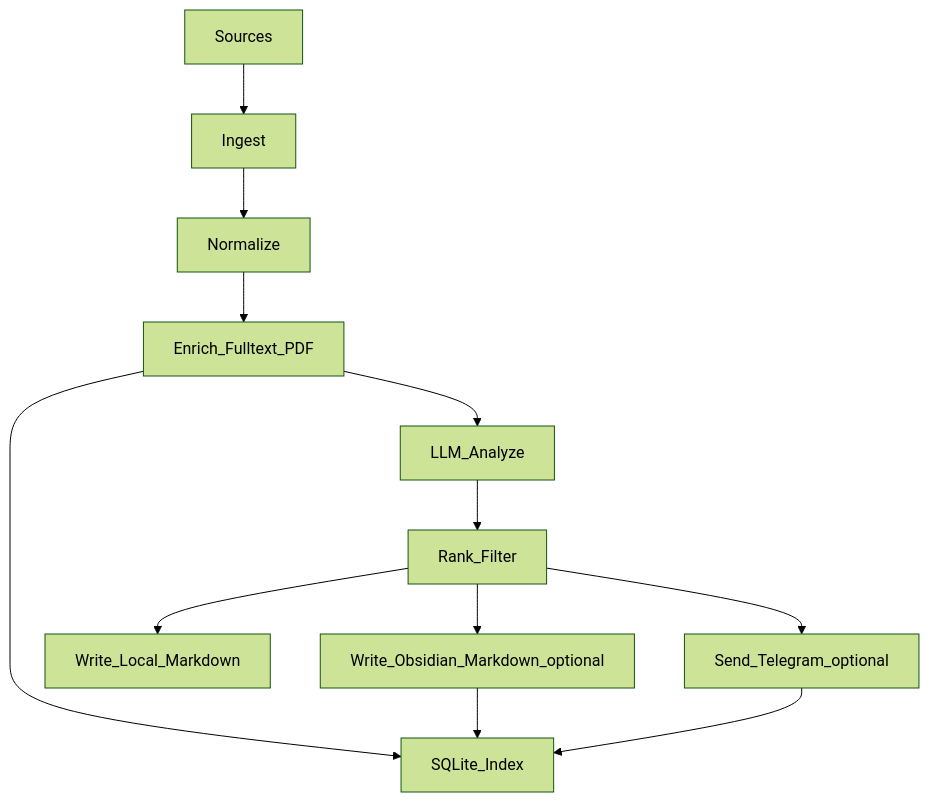
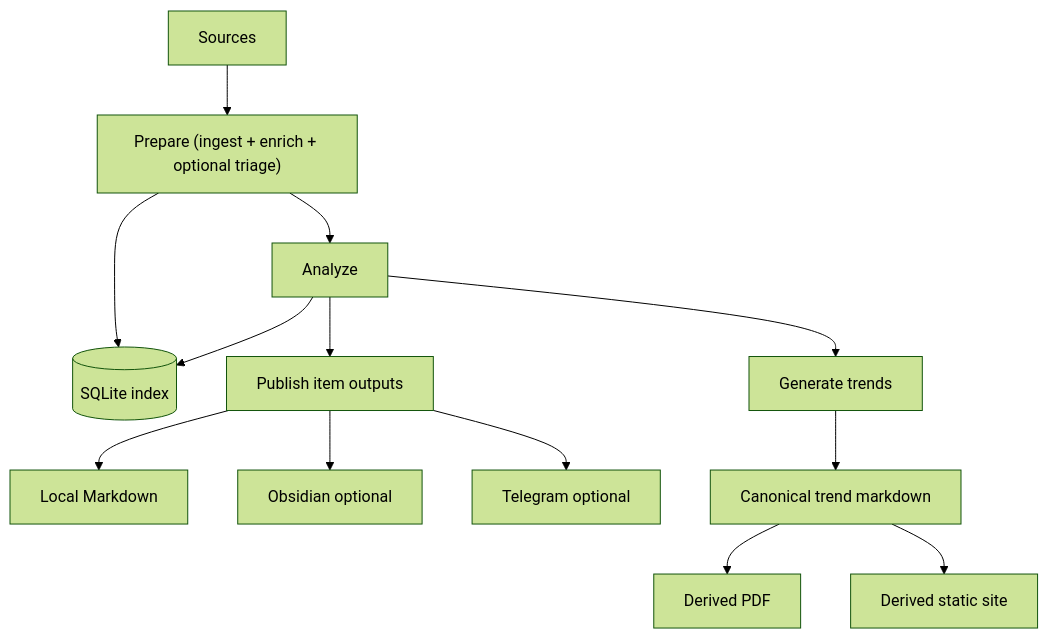
The diagram in docs/design/system-overview.md (NeapolitanIcecream/recoleta), drawn with Mermaid (forest theme) before and after one commit. The commit also changed other lines of this file and 3 other files, not shown here.

````diff
--- a/docs/design/system-overview.md
+++ b/docs/design/system-overview.md
@@ -37,14 +40,15 @@
 ```mermaid
 flowchart TD
-  Sources[Sources] --> Ingest[Ingest]
-  Ingest --> Normalize[Normalize]
-  Normalize --> Enrich[Enrich_Fulltext_PDF]
-  Enrich --> Index[SQLite_Index]
-  Enrich --> Analyze[LLM_Analyze]
-  Analyze --> Rank[Rank_Filter]
-  Rank --> Markdown[Write_Local_Markdown]
-  Rank --> Obsidian[Write_Obsidian_Markdown_optional]
-  Rank --> Telegram[Send_Telegram_optional]
-  Obsidian --> Index
-  Telegram --> Index
+  Sources[Sources] --> Prepare["Prepare (ingest + enrich + optional triage)"]
+  Prepare --> SQLite[(SQLite index)]
+  Prepare --> Analyze[Analyze]
+  Analyze --> SQLite
+  Analyze --> Publish[Publish item outputs]
+  Publish --> Markdown[Local Markdown]
+  Publish --> Obsidian[Obsidian optional]
+  Publish --> Telegram[Telegram optional]
+  Analyze --> Trends[Generate trends]
+  Trends --> TrendMarkdown[Canonical trend markdown]
+  TrendMarkdown --> TrendPDF[Derived PDF]
+  TrendMarkdown --> StaticSite[Derived static site]
 ```
````
